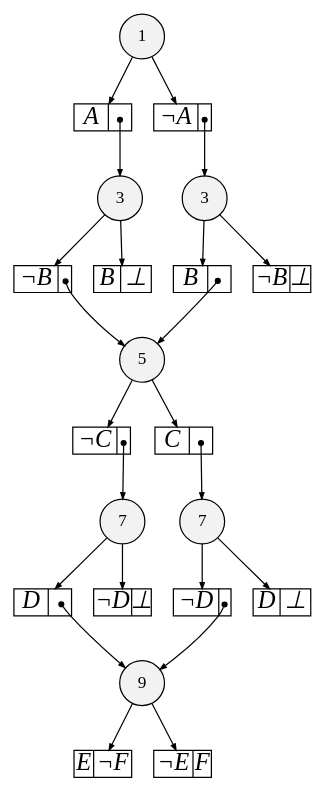
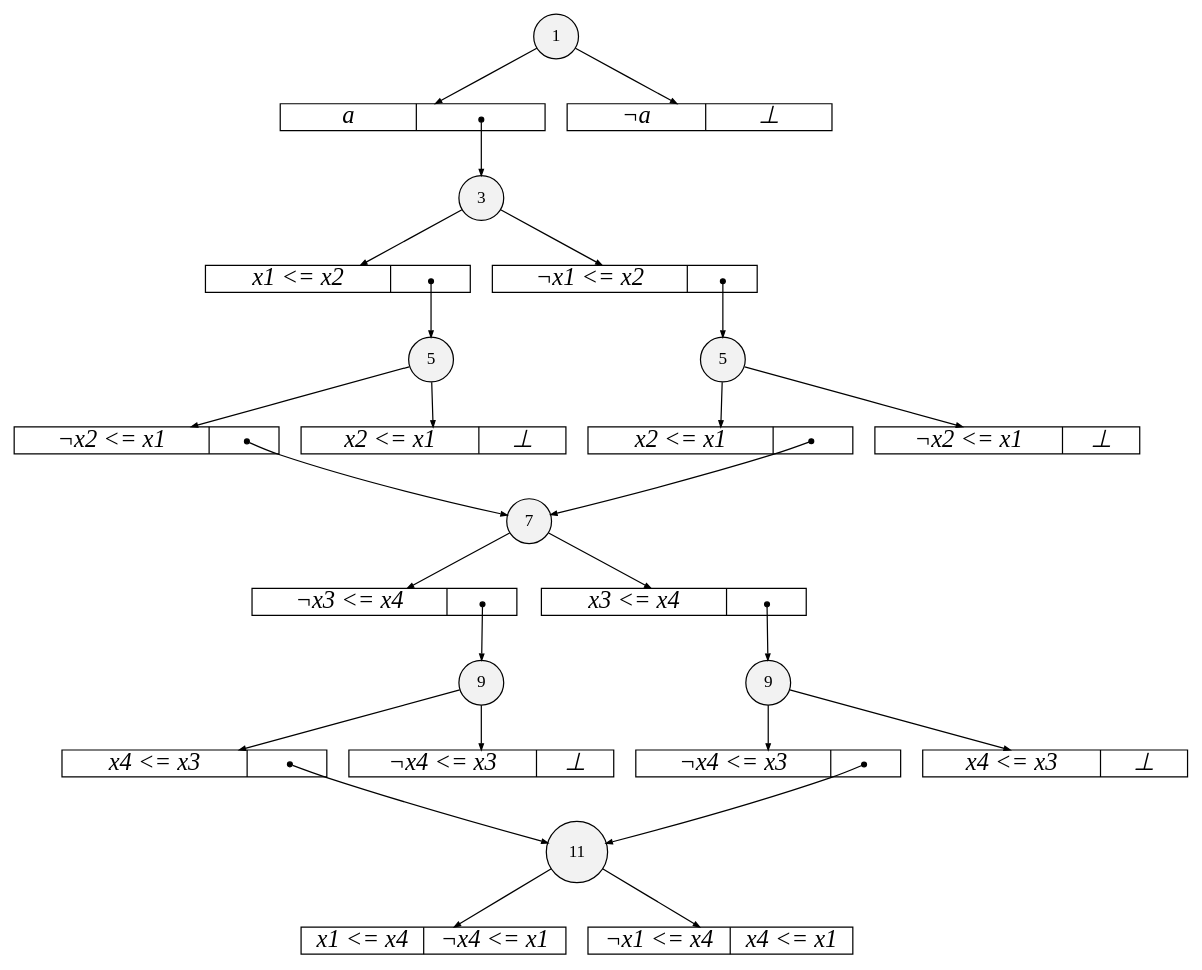
The diagram in sdd.dot (MaxMicheluttiUnitn/DecisionDiagrams), drawn with Graphviz before and after one commit. The commit also changed other lines of this file and 15 other files, not shown here.

```diff
--- a/sdd.dot
+++ b/sdd.dot
@@ -3,15 +3,16 @@
 
 overlap=false
 
-{rank=same; n20 }
-{rank=same; n31 n25 }
-{rank=same; n32 }
-{rank=same; n34 n33 }
-{rank=same; n35 }
+{rank=same; n22 }
+{rank=same; n35 n27 }
+{rank=same; n36 }
+{rank=same; n38 n37 }
+{rank=same; n39 }
+{rank=same; n40 }
 
-n20 [label= "9",style=filled,fillcolor=gray95,shape=circle,height=.25,width=.25]; 
-n20e0
-      [label= "<L>E|<R>&not;F",
+n22 [label= "11",style=filled,fillcolor=gray95,shape=circle,height=.25,width=.25]; 
+n22e0
+      [label= "<L>x1 &#60;= x4|<R>&not;x4 &#60;= x1",
       shape=record,
       fontsize=20,
       fontname="Times-Italic",
@@ -19,11 +20,11 @@
       style=filled,
       fixedsize=true,
       height=.30, 
-      width=.65];
+      width=3.0];
 
-n20->n20e0 [arrowsize=.50];
-n20e1
-      [label= "<L>&not;E|<R>F",
+n22->n22e0 [arrowsize=.50];
+n22e1
+      [label= "<L>&not;x1 &#60;= x4|<R>x4 &#60;= x1",
       shape=record,
       fontsize=20,
       fontname="Times-Italic",
@@ -31,12 +32,12 @@
       style=filled,
       fixedsize=true,
       height=.30, 
-      width=.65];
+      width=3.0];
 
-n20->n20e1 [arrowsize=.50];
-n31 [label= "7",style=filled,fillcolor=gray95,shape=circle,height=.25,width=.25]; 
-n31e0
-      [label= "<L>D|<R>",
+n22->n22e1 [arrowsize=.50];
+n35 [label= "9",style=filled,fillcolor=gray95,shape=circle,height=.25,width=.25]; 
+n35e0
+      [label= "<L>x4 &#60;= x3|<R>",
       shape=record,
       fontsize=20,
       fontname="Times-Italic",
@@ -44,12 +45,12 @@
       style=filled,
       fixedsize=true,
       height=.30, 
-      width=.65];
+      width=3.0];
 
-n31->n31e0 [arrowsize=.50];
-n31e0:R:c->n20 [arrowsize=.50,tailclip=false,arrowtail=dot,dir=both];
-n31e1
-      [label= "<L>&not;D|<R>&#8869;",
+n35->n35e0 [arrowsize=.50];
+n35e0:R:c->n22 [arrowsize=.50,tailclip=false,arrowtail=dot,dir=both];
+n35e1
+      [label= "<L>&not;x4 &#60;= x3|<R>&#8869;",
       shape=record,
       fontsize=20,
       fontname="Times-Italic",
@@ -57,12 +58,12 @@
       style=filled,
       fixedsize=true,
       height=.30, 
-      width=.65];
+      width=3.0];
 
-n31->n31e1 [arrowsize=.50];
-n25 [label= "7",style=filled,fillcolor=gray95,shape=circle,height=.25,width=.25]; 
-n25e0
-      [label= "<L>&not;D|<R>",
+n35->n35e1 [arrowsize=.50];
+n27 [label= "9",style=filled,fillcolor=gray95,shape=circle,height=.25,width=.25]; 
+n27e0
+      [label= "<L>&not;x4 &#60;= x3|<R>",
       shape=record,
       fontsize=20,
       fontname="Times-Italic",
@@ -70,12 +71,12 @@
       style=filled,
       fixedsize=true,
       height=.30, 
-      width=.65];
+      width=3.0];
 
-n25->n25e0 [arrowsize=.50];
-n25e0:R:c->n20 [arrowsize=.50,tailclip=false,arrowtail=dot,dir=both];
-n25e1
-      [label= "<L>D|<R>&#8869;",
+n27->n27e0 [arrowsize=.50];
+n27e0:R:c->n22 [arrowsize=.50,tailclip=false,arrowtail=dot,dir=both];
+n27e1
+      [label= "<L>x4 &#60;= x3|<R>&#8869;",
       shape=record,
       fontsize=20,
       fontname="Times-Italic",
@@ -83,12 +84,12 @@
       style=filled,
       fixedsize=true,
       height=.30, 
-      width=.65];
+      width=3.0];
 
-n25->n25e1 [arrowsize=.50];
-n32 [label= "5",style=filled,fillcolor=gray95,shape=circle,height=.25,width=.25]; 
-n32e0
-      [label= "<L>&not;C|<R>",
+n27->n27e1 [arrowsize=.50];
+n36 [label= "7",style=filled,fillcolor=gray95,shape=circle,height=.25,width=.25]; 
+n36e0
+      [label= "<L>&not;x3 &#60;= x4|<R>",
       shape=record,
       fontsize=20,
       fontname="Times-Italic",
@@ -96,12 +97,12 @@
       style=filled,
       fixedsize=true,
       height=.30, 
-      width=.65];
+      width=3.0];
 
-n32->n32e0 [arrowsize=.50];
-n32e0:R:c->n31 [arrowsize=.50,tailclip=false,arrowtail=dot,dir=both];
-n32e1
-      [label= "<L>C|<R>",
+n36->n36e0 [arrowsize=.50];
+n36e0:R:c->n35 [arrowsize=.50,tailclip=false,arrowtail=dot,dir=both];
+n36e1
+      [label= "<L>x3 &#60;= x4|<R>",
       shape=record,
       fontsize=20,
       fontname="Times-Italic",
@@ -109,13 +110,13 @@
       style=filled,
       fixedsize=true,
       height=.30, 
-      width=.65];
+      width=3.0];
 
-n32->n32e1 [arrowsize=.50];
-n32e1:R:c->n25 [arrowsize=.50,tailclip=false,arrowtail=dot,dir=both];
-n34 [label= "3",style=filled,fillcolor=gray95,shape=circle,height=.25,width=.25]; 
-n34e0
-      [label= "<L>&not;B|<R>",
+n36->n36e1 [arrowsize=.50];
+n36e1:R:c->n27 [arrowsize=.50,tailclip=false,arrowtail=dot,dir=both];
+n38 [label= "5",style=filled,fillcolor=gray95,shape=circle,height=.25,width=.25]; 
+n38e0
+      [label= "<L>&not;x2 &#60;= x1|<R>",
       shape=record,
       fontsize=20,
       fontname="Times-Italic",
@@ -123,12 +124,12 @@
       style=filled,
       fixedsize=true,
       height=.30, 
-      width=.65];
+      width=3.0];
 
-n34->n34e0 [arrowsize=.50];
-n34e0:R:c->n32 [arrowsize=.50,tailclip=false,arrowtail=dot,dir=both];
-n34e1
-      [label= "<L>B|<R>&#8869;",
+n38->n38e0 [arrowsize=.50];
+n38e0:R:c->n36 [arrowsize=.50,tailclip=false,arrowtail=dot,dir=both];
+n38e1
+      [label= "<L>x2 &#60;= x1|<R>&#8869;",
       shape=record,
       fontsize=20,
       fontname="Times-Italic",
@@ -136,12 +137,12 @@
       style=filled,
       fixedsize=true,
       height=.30, 
-      width=.65];
+      width=3.0];
 
-n34->n34e1 [arrowsize=.50];
-n33 [label= "3",style=filled,fillcolor=gray95,shape=circle,height=.25,width=.25]; 
-n33e0
-      [label= "<L>B|<R>",
+n38->n38e1 [arrowsize=.50];
+n37 [label= "5",style=filled,fillcolor=gray95,shape=circle,height=.25,width=.25]; 
+n37e0
+      [label= "<L>x2 &#60;= x1|<R>",
       shape=record,
       fontsize=20,
       fontname="Times-Italic",
@@ -149,12 +150,12 @@
       style=filled,
       fixedsize=true,
       height=.30, 
-      width=.65];
+      width=3.0];
 
-n33->n33e0 [arrowsize=.50];
-n33e0:R:c->n32 [arrowsize=.50,tailclip=false,arrowtail=dot,dir=both];
-n33e1
-      [label= "<L>&not;B|<R>&#8869;",
+n37->n37e0 [arrowsize=.50];
+n37e0:R:c->n36 [arrowsize=.50,tailclip=false,arrowtail=dot,dir=both];
+n37e1
+      [label= "<L>&not;x2 &#60;= x1|<R>&#8869;",
       shape=record,
       fontsize=20,
       fontname="Times-Italic",
@@ -162,12 +163,12 @@
       style=filled,
       fixedsize=true,
       height=.30, 
-      width=.65];
+      width=3.0];
 
-n33->n33e1 [arrowsize=.50];
-n35 [label= "1",style=filled,fillcolor=gray95,shape=circle,height=.25,width=.25]; 
-n35e0
-      [label= "<L>A|<R>",
+n37->n37e1 [arrowsize=.50];
+n39 [label= "3",style=filled,fillcolor=gray95,shape=circle,height=.25,width=.25]; 
+n39e0
+      [label= "<L>x1 &#60;= x2|<R>",
       shape=record,
       fontsize=20,
       fontname="Times-Italic",
@@ -175,12 +176,12 @@
       style=filled,
       fixedsize=true,
       height=.30, 
-      width=.65];
+      width=3.0];
 
-n35->n35e0 [arrowsize=.50];
-n35e0:R:c->n34 [arrowsize=.50,tailclip=false,arrowtail=dot,dir=both];
-n35e1
-      [label= "<L>&not;A|<R>",
+n39->n39e0 [arrowsize=.50];
+n39e0:R:c->n38 [arrowsize=.50,tailclip=false,arrowtail=dot,dir=both];
+n39e1
+      [label= "<L>&not;x1 &#60;= x2|<R>",
       shape=record,
       fontsize=20,
       fontname="Times-Italic",
@@ -188,10 +189,36 @@
       style=filled,
       fixedsize=true,
       height=.30, 
-      width=.65];
+      width=3.0];
 
-n35->n35e1 [arrowsize=.50];
-n35e1:R:c->n33 [arrowsize=.50,tailclip=false,arrowtail=dot,dir=both];
+n39->n39e1 [arrowsize=.50];
+n39e1:R:c->n37 [arrowsize=.50,tailclip=false,arrowtail=dot,dir=both];
+n40 [label= "1",style=filled,fillcolor=gray95,shape=circle,height=.25,width=.25]; 
+n40e0
+      [label= "<L>a|<R>",
+      shape=record,
+      fontsize=20,
+      fontname="Times-Italic",
+      fillcolor=white,
+      style=filled,
+      fixedsize=true,
+      height=.30, 
+      width=3.0];
+
+n40->n40e0 [arrowsize=.50];
+n40e0:R:c->n39 [arrowsize=.50,tailclip=false,arrowtail=dot,dir=both];
+n40e1
+      [label= "<L>&not;a|<R>&#8869;",
+      shape=record,
+      fontsize=20,
+      fontname="Times-Italic",
+      fillcolor=white,
+      style=filled,
+      fixedsize=true,
+      height=.30, 
+      width=3.0];
+
+n40->n40e1 [arrowsize=.50];
 
 
 }
```
